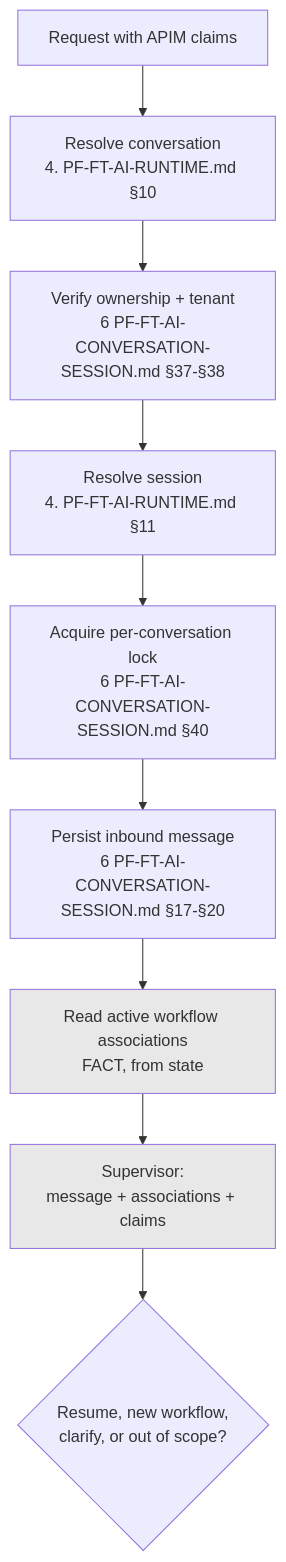
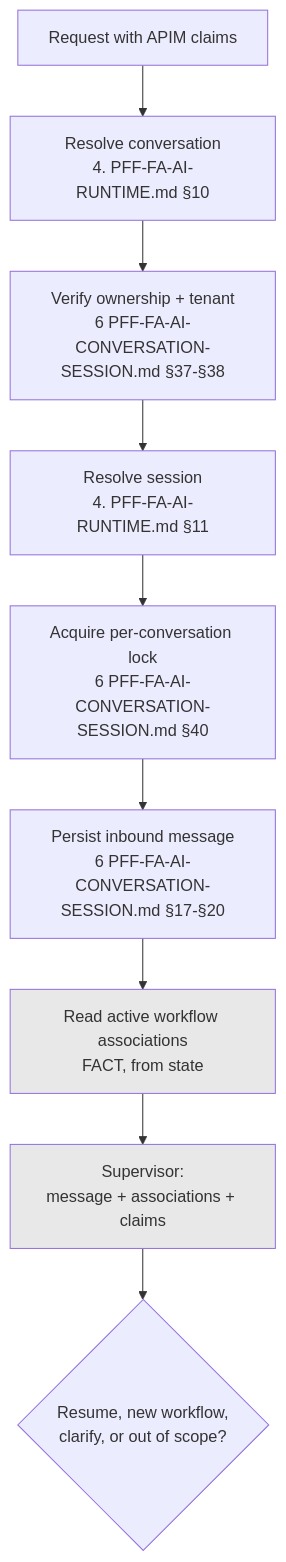
The diagram in docs/architecture/adr/02-application-architecture/ADR-D2-04-conversation-manager-responsibility-boundary.md (gobimca87/PF-FT), drawn with Mermaid before and after one commit. The commit also changed other lines of this file and 880 other files, not shown here.

````diff
--- a/docs/architecture/adr/02-application-architecture/ADR-D2-04-conversation-manager-responsibility-boundary.md
+++ b/docs/architecture/adr/02-application-architecture/ADR-D2-04-conversation-manager-responsibility-boundary.md
@@ -311,14 +311,14 @@
 ```mermaid
 flowchart TD
-    A[Request with APIM claims] --> B[Resolve conversation<br/>4. PF-FT-AI-RUNTIME.md §10]
-    B --> C[Verify ownership + tenant<br/>6 PF-FT-AI-CONVERSATION-SESSION.md §37-§38]
-    C --> D[Resolve session<br/>4. PF-FT-AI-RUNTIME.md §11]
-    D --> E[Acquire per-conversation lock<br/>6 PF-FT-AI-CONVERSATION-SESSION.md §40]
-    E --> F[Persist inbound message<br/>6 PF-FT-AI-CONVERSATION-SESSION.md §17-§20]
+    A[Request with APIM claims] --> B[Resolve conversation<br/>4. PFF-FA-AI-RUNTIME.md §10]
+    B --> C[Verify ownership + tenant<br/>6 PFF-FA-AI-CONVERSATION-SESSION.md §37-§38]
+    C --> D[Resolve session<br/>4. PFF-FA-AI-RUNTIME.md §11]
+    D --> E[Acquire per-conversation lock<br/>6 PFF-FA-AI-CONVERSATION-SESSION.md §40]
+    E --> F[Persist inbound message<br/>6 PFF-FA-AI-CONVERSATION-SESSION.md §17-§20]
     F --> G[Read active workflow associations<br/>FACT, from state]
     G --> H[Supervisor:<br/>message + associations + claims]
     H --> I{Resume, new workflow,<br/>clarify, or out of scope?}
 
     style G fill:#e8e8e8
     style H fill:#e8e8e8
 ```
````
